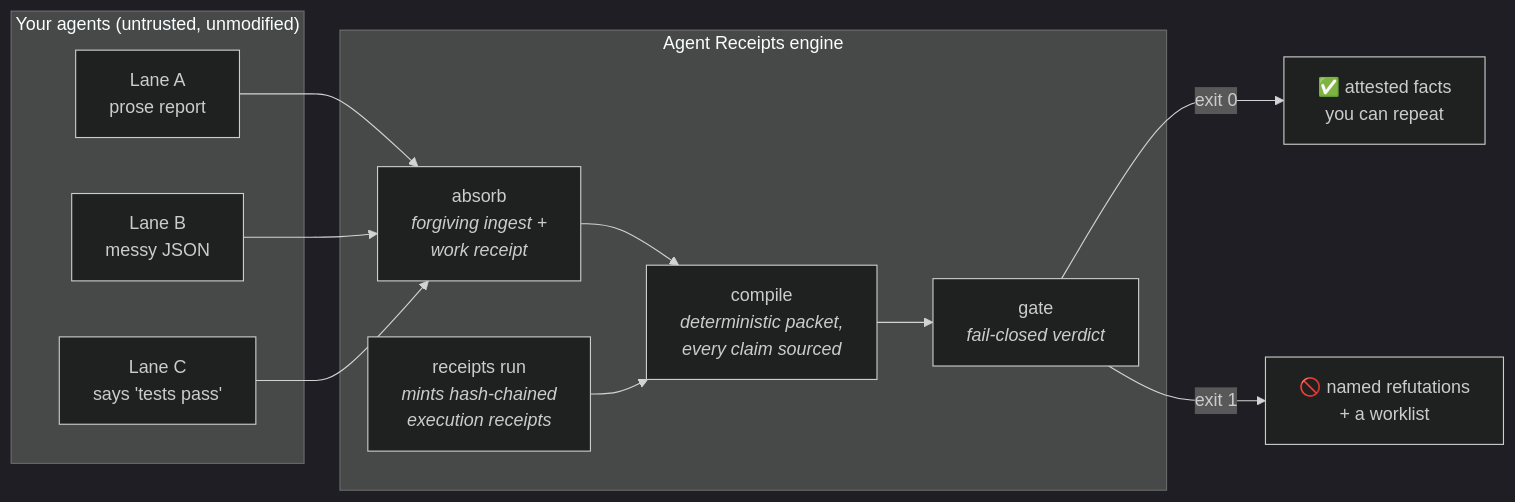
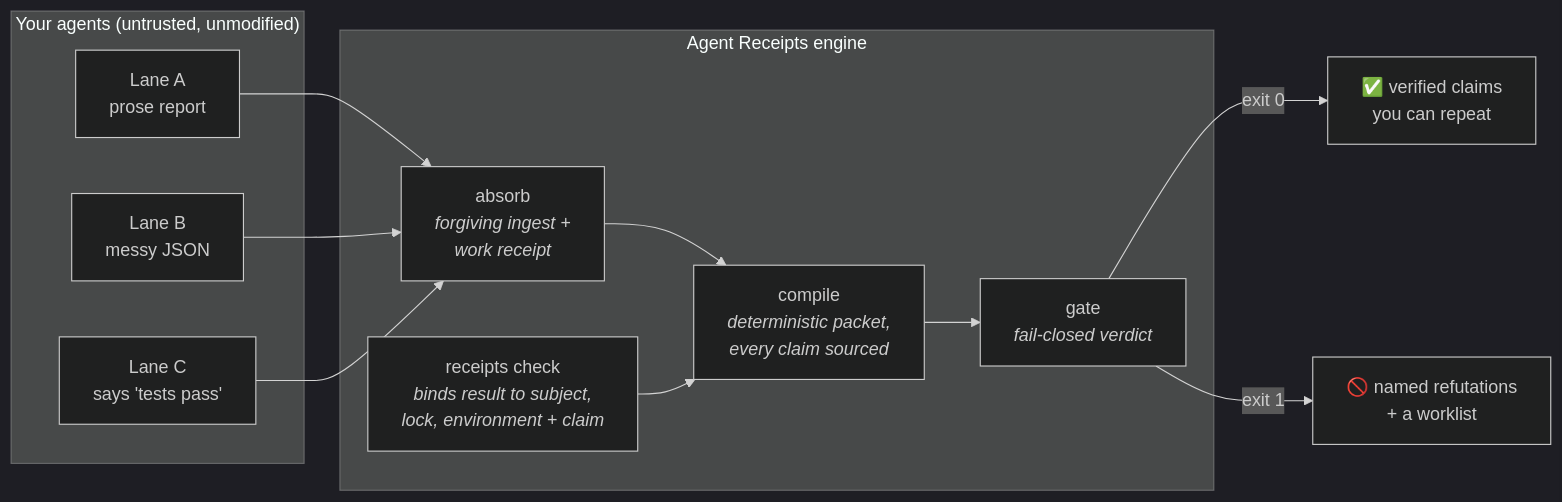
One commit to inchwormz/agent-receipts changed the first of 2 diagrams in README.md. Above: the diagram before and after it, drawn with Mermaid (dark theme). The commit also changed other lines of this file and 30 other files, not shown here.

````diff
--- a/README.md
+++ b/README.md
@@ -53,24 +67,24 @@
 ```mermaid
 flowchart LR
     subgraph agents["Your agents (untrusted, unmodified)"]
         A1["Lane A<br/>prose report"]
         A2["Lane B<br/>messy JSON"]
         A3["Lane C<br/>says 'tests pass'"]
     end
 
     subgraph engine["Agent Receipts engine"]
         ING["absorb<br/><i>forgiving ingest +<br/>work receipt</i>"]
-        RUN["receipts run<br/><i>mints hash-chained<br/>execution receipts</i>"]
+        RUN["receipts check<br/><i>binds result to subject,<br/>lock, environment + claim</i>"]
         COMP["compile<br/><i>deterministic packet,<br/>every claim sourced</i>"]
         GATE["gate<br/><i>fail-closed verdict</i>"]
     end
 
     A1 --> ING
     A2 --> ING
     A3 --> ING
     ING --> COMP
     RUN --> COMP
     COMP --> GATE
-    GATE -->|"exit 0"| GREEN["✅ attested facts<br/>you can repeat"]
+    GATE -->|"exit 0"| GREEN["✅ verified claims<br/>you can repeat"]
     GATE -->|"exit 1"| RED["🚫 named refutations<br/>+ a worklist"]
 ```
````
